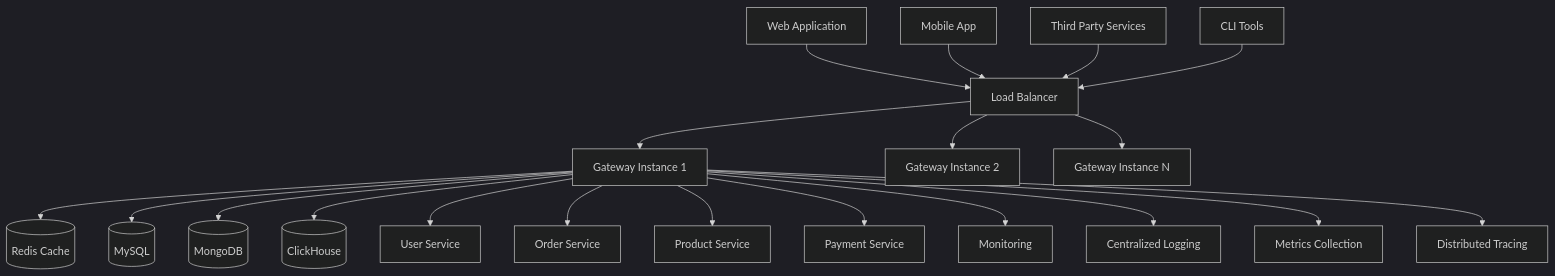
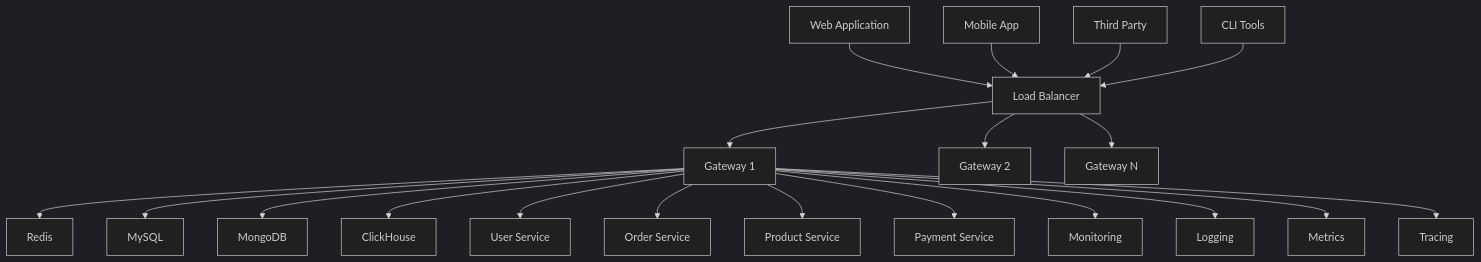
The first of 16 diagrams in docs/guide/architecture.md (fluxsce/gateway), drawn with Mermaid (dark theme) before and after one commit. The commit also changed other lines of this file, not shown here.

Commit message:
架构图预览显示问题

````diff
--- a/docs/guide/architecture.md
+++ b/docs/guide/architecture.md
@@ -11,26 +11,26 @@
 ```mermaid
 graph TB
-    WebApp[Web Application] --> LB[Load Balancer]
-    MobileApp[Mobile App] --> LB
-    ThirdParty[Third Party Services] --> LB
-    CLI[CLI Tools] --> LB
+    A[Web Application] --> B[Load Balancer]
+    C[Mobile App] --> B
+    D[Third Party] --> B
+    E[CLI Tools] --> B
     
-    LB --> Gateway1[Gateway Instance 1]
-    LB --> Gateway2[Gateway Instance 2]
-    LB --> GatewayN[Gateway Instance N]
+    B --> F[Gateway 1]
+    B --> G[Gateway 2]
+    B --> H[Gateway N]
     
-    Gateway1 --> Redis[(Redis Cache)]
-    Gateway1 --> MySQL[(MySQL)]
-    Gateway1 --> MongoDB[(MongoDB)]
-    Gateway1 --> ClickHouse[(ClickHouse)]
+    F --> I[Redis]
+    F --> J[MySQL]
+    F --> K[MongoDB]
+    F --> L[ClickHouse]
     
-    Gateway1 --> UserService[User Service]
-    Gateway1 --> OrderService[Order Service]
-    Gateway1 --> ProductService[Product Service]
-    Gateway1 --> PaymentService[Payment Service]
+    F --> M[User Service]
+    F --> N[Order Service]
+    F --> O[Product Service]
+    F --> P[Payment Service]
     
-    Gateway1 --> Monitoring[Monitoring]
-    Gateway1 --> Logging[Centralized Logging]
-    Gateway1 --> Metrics[Metrics Collection]
-    Gateway1 --> Tracing[Distributed Tracing]
+    F --> Q[Monitoring]
+    F --> R[Logging]
+    F --> S[Metrics]
+    F --> T[Tracing]
 ```
````
